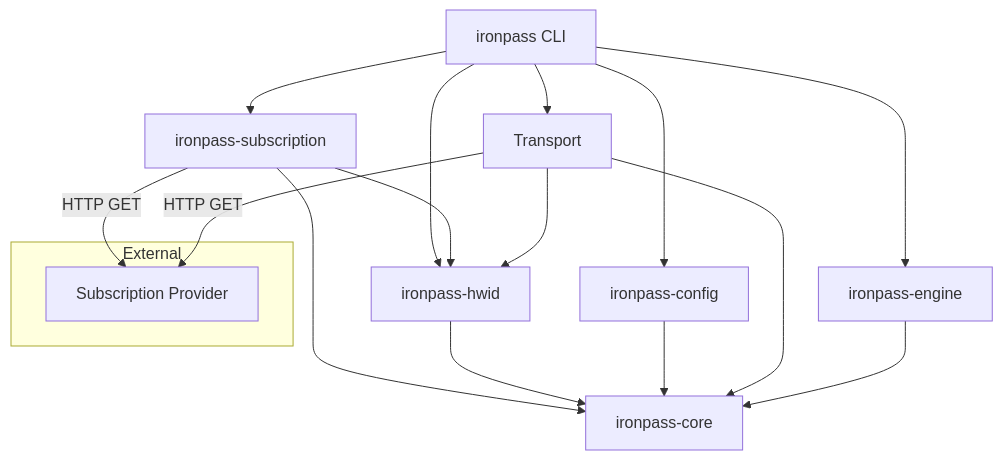
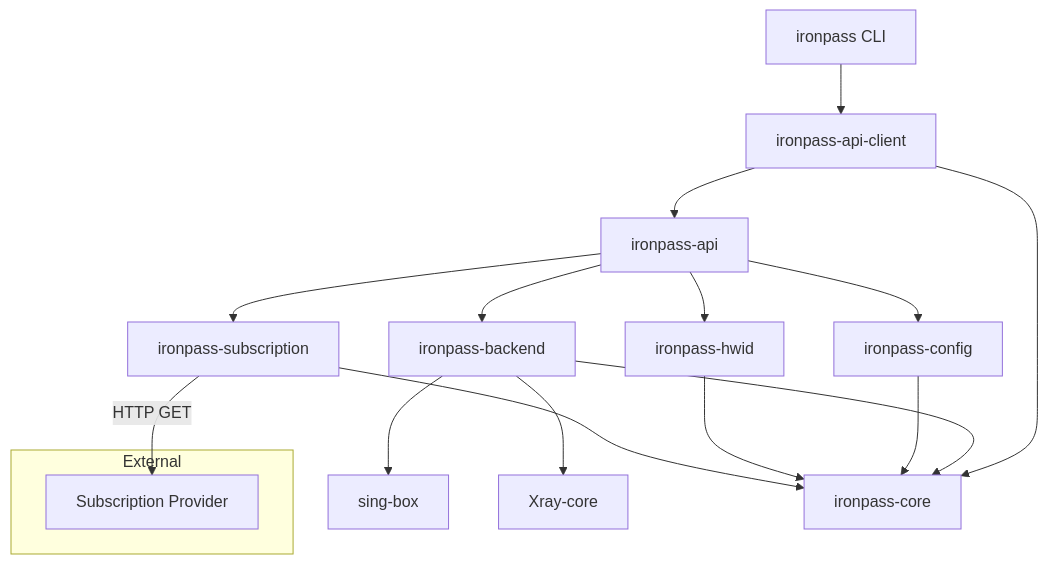
One commit to vitkuz573/ironpass changed the first of 3 diagrams in ARCHITECTURE.md. Above: the diagram before and after it, drawn with Mermaid. The commit also changed other lines of this file and 113 other files, not shown here.

Commit message:
refactor!: clean workspace crate layout, extract api-client, tighten public APIs

````diff
--- a/ARCHITECTURE.md
+++ b/ARCHITECTURE.md
@@ -50,24 +52,24 @@
 ```mermaid
 graph TD
-    CLI[ironpass CLI] --> Config[ironpass-config]
-    CLI --> Subscription[ironpass-subscription]
-    CLI --> HWID[ironpass-hwid]
-    CLI --> Engine[ironpass-engine]
+    CLI[ironpass CLI] --> ApiClient[ironpass-api-client]
+    ApiClient --> API[ironpass-api]
+    API --> Backend[ironpass-backend]
+    Backend --> SingBox[sing-box]
+    Backend --> Xray[Xray-core]
+
+    API --> Subscription[ironpass-subscription]
+    API --> HWID[ironpass-hwid]
+    API --> Config[ironpass-config]
 
     Subscription --> Core[ironpass-core]
-    Subscription --> HWID
     HWID --> Core
     Config --> Core
-    Transport --> Core
-    Transport --> HWID
-    Engine --> Core
-
-    CLI --> Transport
+    Backend --> Core
+    ApiClient --> Core
 
     subgraph External
         Provider[Subscription Provider]
     end
 
     Subscription -->|HTTP GET| Provider
-    Transport -->|HTTP GET| Provider
 ```
````
